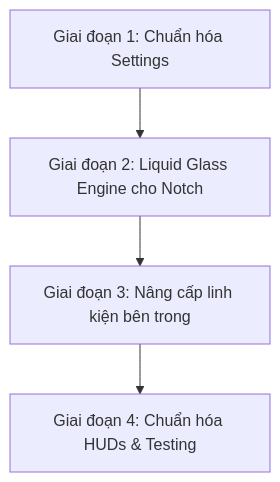
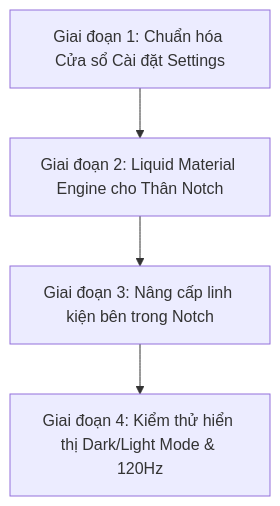
One commit to HieuKunn/NotchPulse changed the diagram in transformation.md. Above: the diagram before and after it, drawn with Mermaid. The commit also changed other lines of this file, not shown here.

````diff
--- a/transformation.md
+++ b/transformation.md
@@ -135,6 +135,6 @@
 ```mermaid
 graph TD
-    A[Giai đoạn 1: Chuẩn hóa Settings] --> B[Giai đoạn 2: Liquid Glass Engine cho Notch]
-    B --> C[Giai đoạn 3: Nâng cấp linh kiện bên trong]
-    C --> D[Giai đoạn 4: Chuẩn hóa HUDs & Testing]
+    P1[Giai đoạn 1: Chuẩn hóa Cửa sổ Cài đặt Settings] --> P2[Giai đoạn 2: Liquid Material Engine cho Thân Notch]
+    P2 --> P3[Giai đoạn 3: Nâng cấp linh kiện bên trong Notch]
+    P3 --> P4[Giai đoạn 4: Kiểm thử hiển thị Dark/Light Mode & 120Hz]
 ```
````
